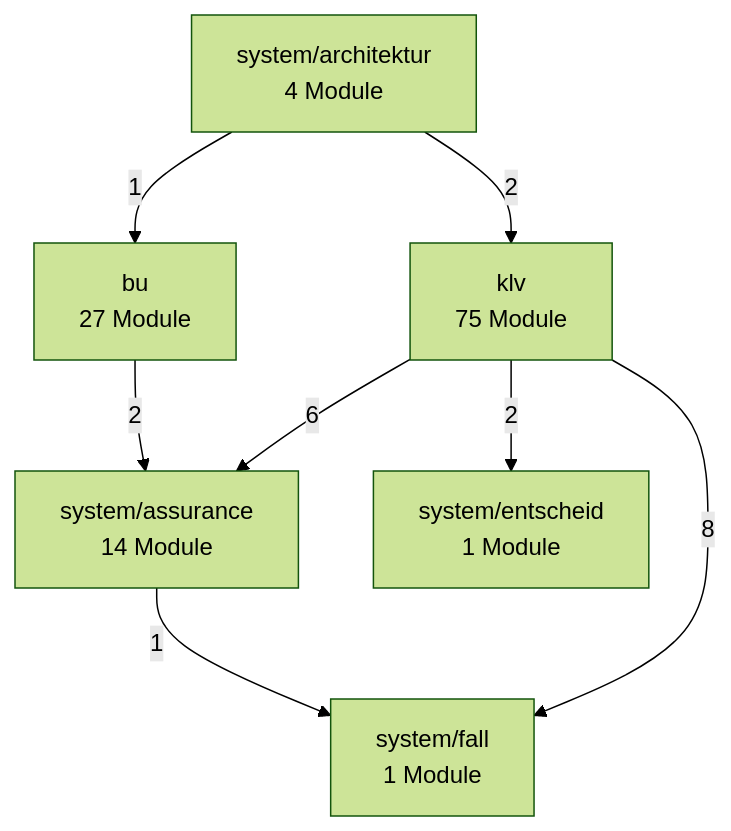
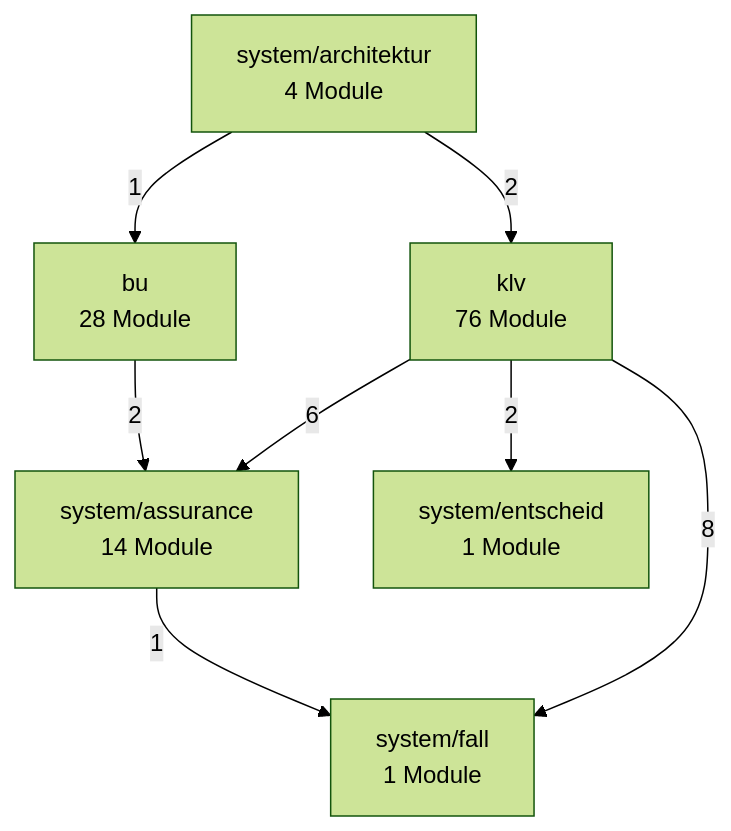
The second of 3 diagrams in docs/architektur/landkarte.md (bartlmac/rechner-pipeline), drawn with Mermaid (forest theme) before and after one commit. The commit also changed other lines of this file and 30 other files, not shown here.

````diff
--- a/docs/architektur/landkarte.md
+++ b/docs/architektur/landkarte.md
@@ -74,17 +74,17 @@
 ```mermaid
 %% Fachknoten — erzeugt von ontologie.landkarte
 flowchart TD
-    bu["bu<br/>27 Module"]
-    klv["klv<br/>75 Module"]
+    bu["bu<br/>28 Module"]
+    klv["klv<br/>76 Module"]
     system_architektur["system/architektur<br/>4 Module"]
     system_assurance["system/assurance<br/>14 Module"]
     system_entscheid["system/entscheid<br/>1 Module"]
     system_fall["system/fall<br/>1 Module"]
     bu -- 2 --> system_assurance
     klv -- 6 --> system_assurance
     klv -- 2 --> system_entscheid
     klv -- 8 --> system_fall
     system_architektur -- 1 --> bu
     system_architektur -- 2 --> klv
     system_assurance -- 1 --> system_fall
 ```
````
